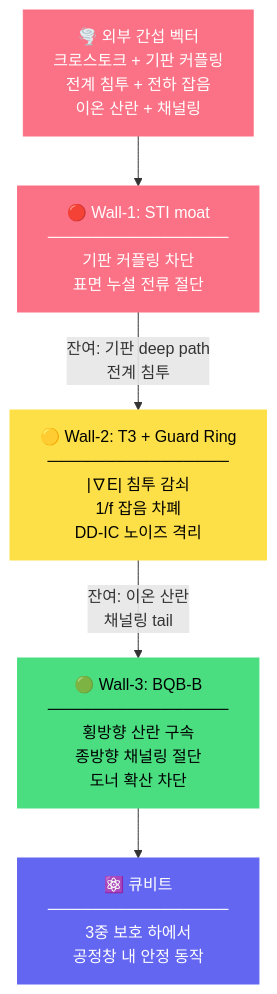
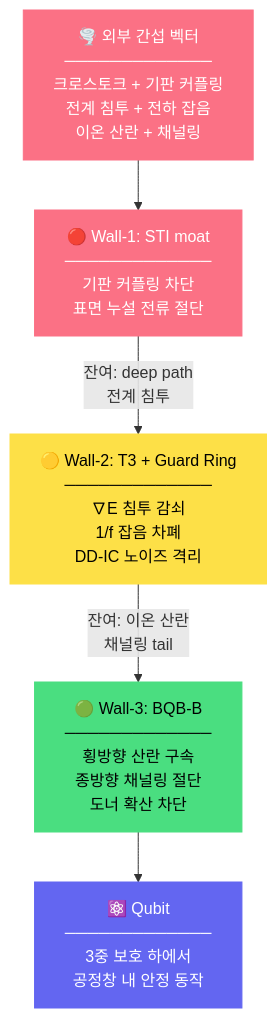
Before and after one commit to lee6147/Quantum_BQB: the ninth of 14 diagrams in Proficiency Levels/Intermediate Level/README.md, drawn with Mermaid. The commit also changed other lines of this file, not shown here.

````diff
--- a/Proficiency Levels/Intermediate Level/README.md
+++ b/Proficiency Levels/Intermediate Level/README.md
@@ -276,18 +600,18 @@
 ```mermaid
 graph TD
-    EXT["🌪️ 외부 간섭 벡터<br/>크로스토크 + 기판 커플링<br/>전계 침투 + 전하 잡음<br/>이온 산란 + 채널링"] --> W1
+    EXT["🌪️ 외부 간섭 벡터<br/>─────────────<br/>크로스토크 + 기판 커플링<br/>전계 침투 + 전하 잡음<br/>이온 산란 + 채널링"] --> W1
 
-    W1["🔴 Wall-1: STI moat<br/>────────────────<br/>기판 커플링 차단<br/>표면 누설 전류 절단"] -->|"잔여: 기판 deep path<br/>전계 침투"| W2
+    W1["🔴 Wall-1: STI moat<br/>─────────────<br/>기판 커플링 차단<br/>표면 누설 전류 절단"] -->|"잔여: deep path<br/>전계 침투"| W2
 
-    W2["🟡 Wall-2: T3 + Guard Ring<br/>────────────────<br/>|∇E| 침투 감쇠<br/>1/f 잡음 차폐<br/>DD-IC 노이즈 격리"] -->|"잔여: 이온 산란<br/>채널링 tail"| W3
+    W2["🟡 Wall-2: T3 + Guard Ring<br/>─────────────<br/>∇E 침투 감쇠<br/>1/f 잡음 차폐<br/>DD-IC 노이즈 격리"] -->|"잔여: 이온 산란<br/>채널링 tail"| W3
 
-    W3["🟢 Wall-3: BQB-B<br/>────────────────<br/>횡방향 산란 구속<br/>종방향 채널링 절단<br/>도너 확산 차단"] --> QUBIT
+    W3["🟢 Wall-3: BQB-B<br/>─────────────<br/>횡방향 산란 구속<br/>종방향 채널링 절단<br/>도너 확산 차단"] --> Q
 
-    QUBIT["⚛️ 큐비트<br/>────────────────<br/>3중 보호 하에서<br/>공정창 내 안정 동작"]
+    Q["⚛️ Qubit<br/>─────────────<br/>3중 보호 하에서<br/>공정창 내 안정 동작"]
 
     style EXT fill:#fb7185,stroke:#fb7185,color:#fff
     style W1 fill:#fb7185,stroke:#fb7185,color:#fff
     style W2 fill:#fde047,stroke:#fde047,color:#000
     style W3 fill:#4ade80,stroke:#4ade80,color:#000
-    style QUBIT fill:#6366f1,stroke:#6366f1,color:#fff
+    style Q fill:#6366f1,stroke:#6366f1,color:#fff
 ```
````
